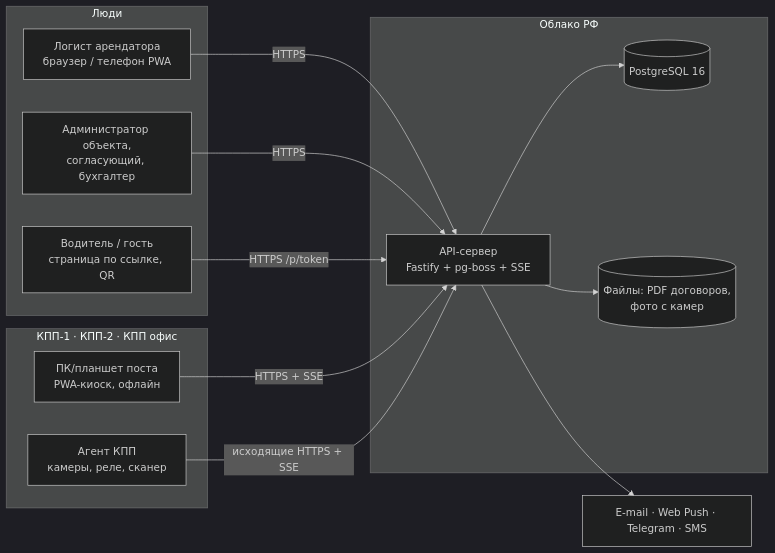
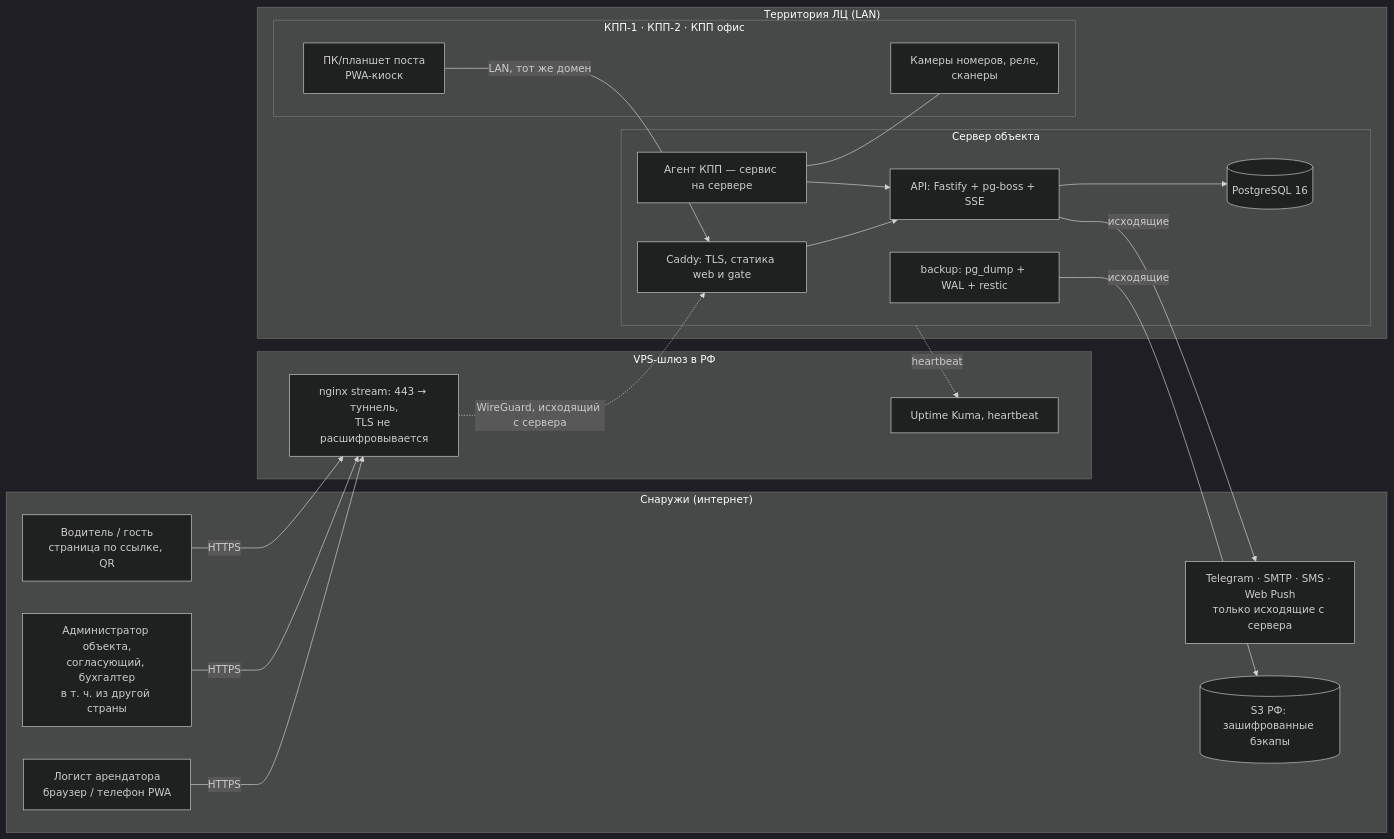
One commit to INDIGOPROGRAMMER-ai/oxrana changed the first of 4 diagrams in docs/ARCHITECTURE.md. Above: the diagram before and after it, drawn with Mermaid (dark theme). The commit also changed other lines of this file and 14 other files, not shown here.

````diff
--- a/docs/ARCHITECTURE.md
+++ b/docs/ARCHITECTURE.md
@@ -7,26 +9,36 @@
 ```mermaid
 flowchart LR
-  subgraph Люди
+  subgraph Снаружи["Снаружи (интернет)"]
     T[Логист арендатора<br/>браузер / телефон PWA]
-    A[Администратор объекта,<br/>согласующий, бухгалтер]
+    A[Администратор объекта,<br/>согласующий, бухгалтер<br/>в т. ч. из другой страны]
     D[Водитель / гость<br/>страница по ссылке, QR]
+    EXT[Telegram · SMTP · SMS · Web Push<br/>только исходящие с сервера]
+    S3[(S3 РФ: зашифрованные бэкапы)]
   end
-  subgraph КПП["КПП-1 · КПП-2 · КПП офис"]
-    G[ПК/планшет поста<br/>PWA-киоск, офлайн]
-    AG[Агент КПП<br/>камеры, реле, сканер]
+  subgraph VPS["VPS-шлюз в РФ"]
+    NG[nginx stream: 443 → туннель,<br/>TLS не расшифровывается]
+    MON[Uptime Kuma, heartbeat]
   end
-  subgraph Облако РФ
-    API[API-сервер<br/>Fastify + pg-boss + SSE]
-    PG[(PostgreSQL 16)]
-    FS[(Файлы: PDF договоров,<br/>фото с камер)]
+  subgraph Объект["Территория ЛЦ (LAN)"]
+    subgraph SRV["Сервер объекта"]
+      CD[Caddy: TLS, статика web и gate]
+      API[API: Fastify + pg-boss + SSE]
+      PG[(PostgreSQL 16)]
+      AG[Агент КПП — сервис на сервере]
+      BK[backup: pg_dump + WAL + restic]
+    end
+    subgraph КПП["КПП-1 · КПП-2 · КПП офис"]
+      G[ПК/планшет поста<br/>PWA-киоск]
+      CAM[Камеры номеров, реле,<br/>сканеры]
+    end
   end
-  EXT[E-mail · Web Push · Telegram · SMS]
-  T -->|HTTPS| API
-  A -->|HTTPS| API
-  D -->|HTTPS /p/token| API
-  G -->|HTTPS + SSE| API
-  AG -->|исходящие HTTPS + SSE| API
-  API --> PG
-  API --> FS
-  API --> EXT
+  T & A & D -->|HTTPS| NG
+  NG -.->|WireGuard, исходящий с сервера| CD
+  CD --> API --> PG
+  G -->|LAN, тот же домен| CD
+  AG --- CAM
+  AG --> API
+  API -->|исходящие| EXT
+  BK -->|исходящие| S3
+  SRV -.->|heartbeat| MON
 ```
````
